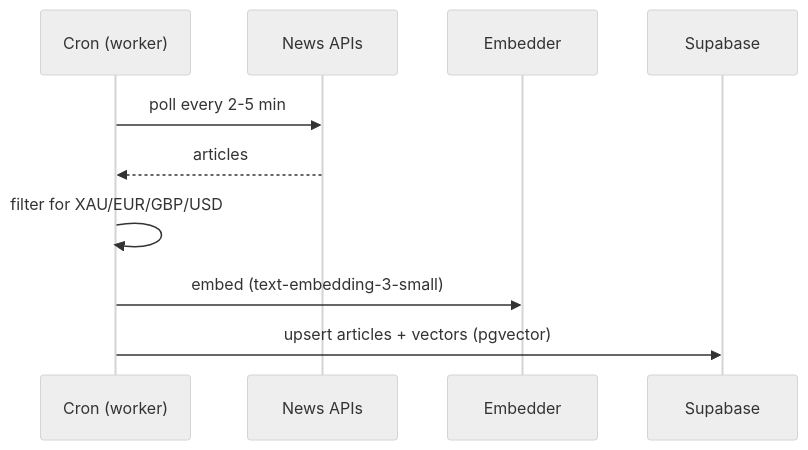
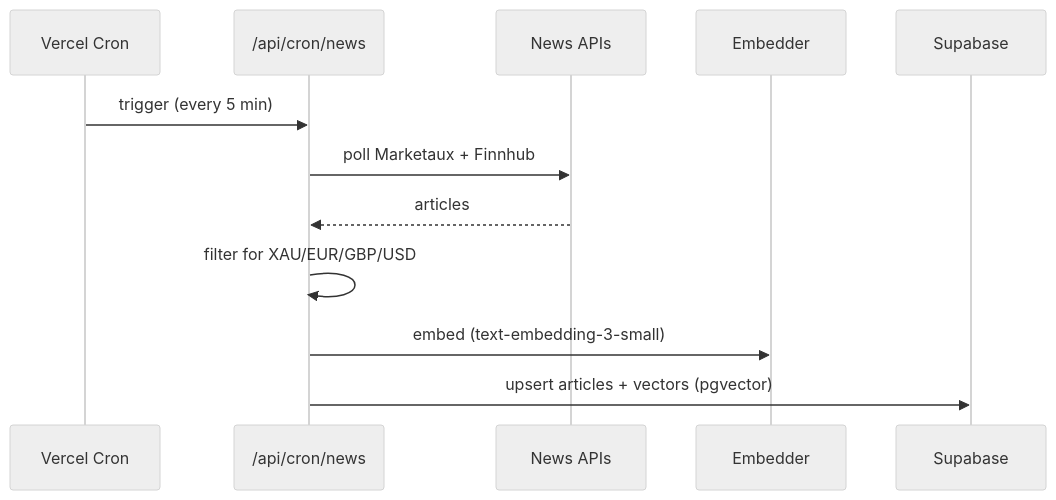
One commit to HamaFx/HamaFX-Ai changed the fourth of 5 diagrams in docs/01-architecture.md. Above: the diagram before and after it, drawn with Mermaid (neutral theme). The commit also changed other lines of this file and 17 other files, not shown here.

````diff
--- a/docs/01-architecture.md
+++ b/docs/01-architecture.md
@@ -131,13 +125,15 @@
 ```mermaid
 sequenceDiagram
-    participant C as Cron (worker)
+    participant C as Vercel Cron
+    participant W as /api/cron/news
     participant N as News APIs
     participant E as Embedder
     participant S as Supabase
 
-    C->>N: poll every 2-5 min
-    N-->>C: articles
-    C->>C: filter for XAU/EUR/GBP/USD
-    C->>E: embed (text-embedding-3-small)
-    C->>S: upsert articles + vectors (pgvector)
+    C->>W: trigger (every 5 min)
+    W->>N: poll Marketaux + Finnhub
+    N-->>W: articles
+    W->>W: filter for XAU/EUR/GBP/USD
+    W->>E: embed (text-embedding-3-small)
+    W->>S: upsert articles + vectors (pgvector)
 ```
````
